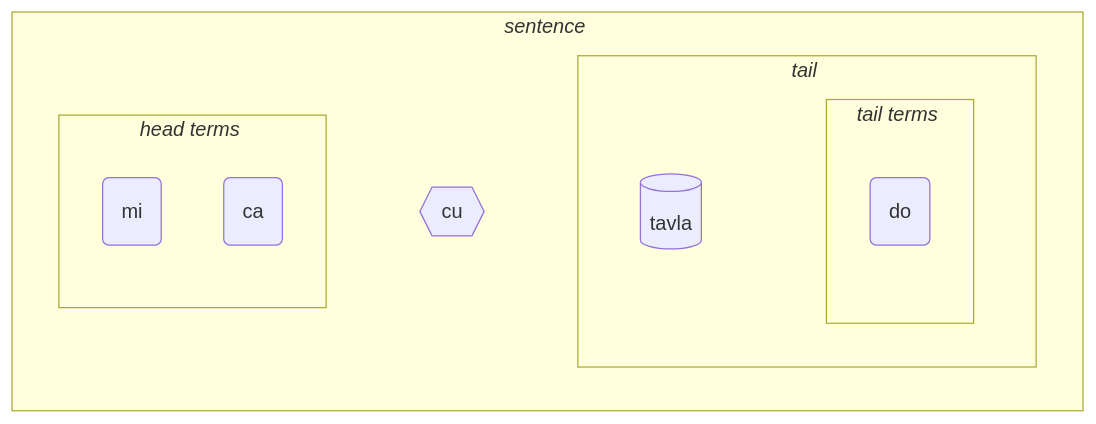
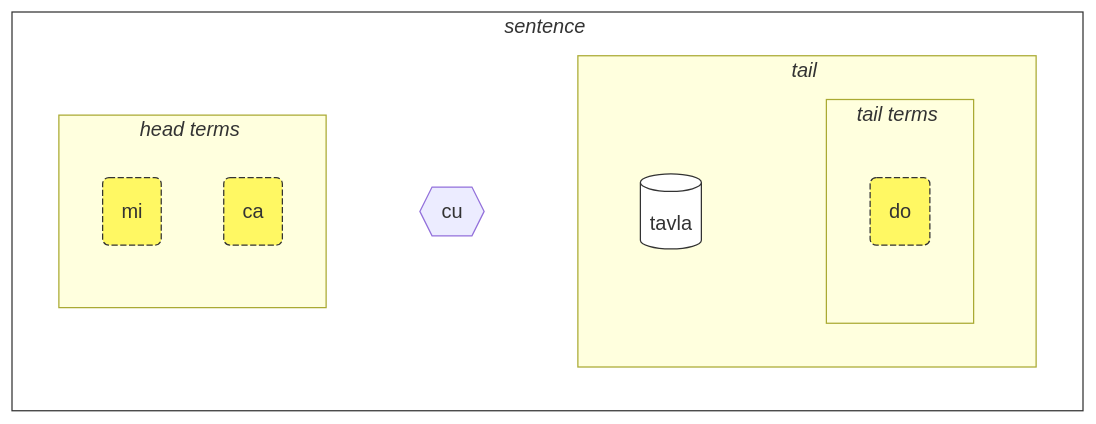
One commit to La-Lojban/lojban.pw changed the first of 3 diagrams in data/pages/books/learn-lojban.md. Above: the diagram before and after it, drawn with Mermaid. The commit also changed other lines of this file and 2 other files, not shown here.

Commit message:
feat: 🎸 LL content

````diff
--- a/data/pages/books/learn-lojban.md
+++ b/data/pages/books/learn-lojban.md
@@ -177,31 +180,40 @@
 ```mermaid
 flowchart LR
     %% common structure:
     subgraph sentence["<i>sentence</i>#nbsp;"]
         direction LR
         head-terms
         cu{{"cu"}}
         tail
     end
     head-terms ~~~ cu ~~~ tail
     subgraph tail["<i>tail</i>#nbsp;"]
         direction LR
         selbri ~~~ tail-terms
     end
     %%  semi-automated
     subgraph head-terms["<i>head terms</i>#nbsp;"]
         t1
         t2
     end
     subgraph tail-terms["<i>tail terms</i>#nbsp;"]
         tt3
         %% tt4
     end
     %%todo: automatically link all terms to selbri
 
     t1(mi)
     t2(ca)
     selbri[(tavla)]
     tt3(do)
     %% tt4["la .lojban."]
+
+    classDef x fill:#FFF863,stroke:#333,stroke-width:1px,stroke-dasharray: 5 2;
+    class t1 x;
+    class t2 x;
+    class tt3 x;
+    classDef blabi fill:#fff,stroke:#333;
+    class selbri blabi;
+    class sentence blabi;
+
 ```
````
